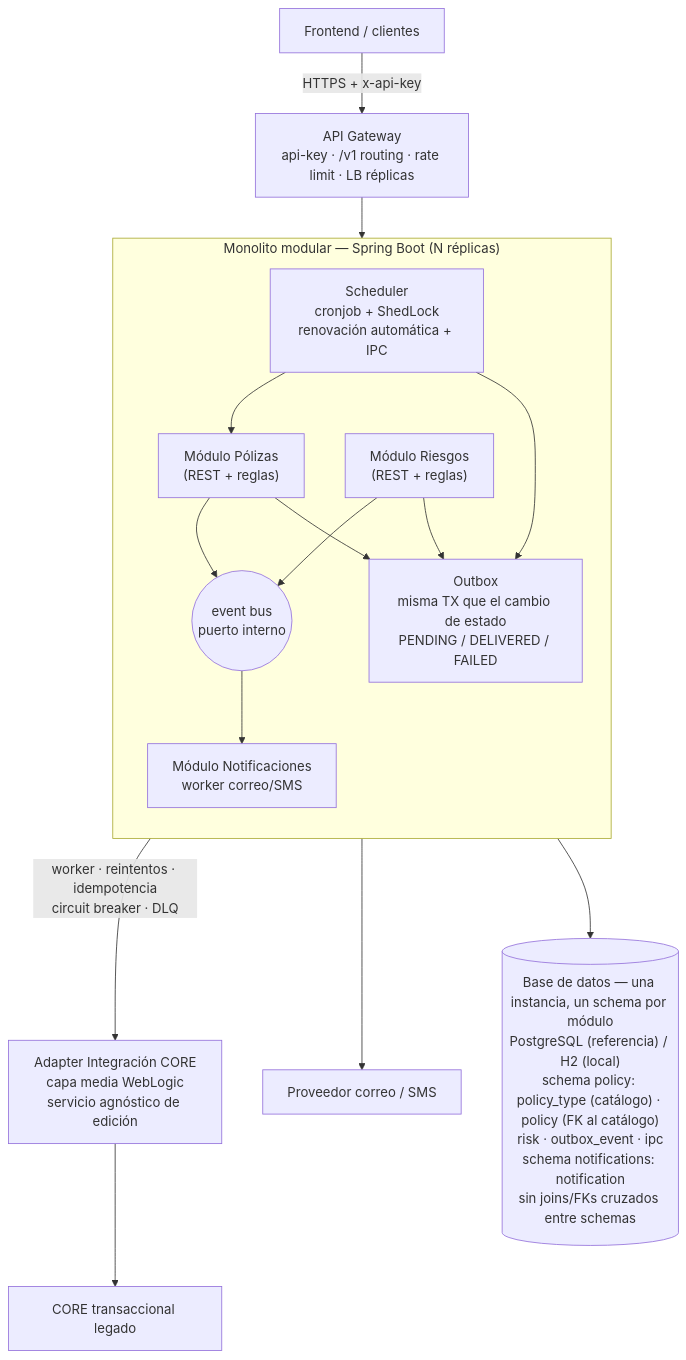
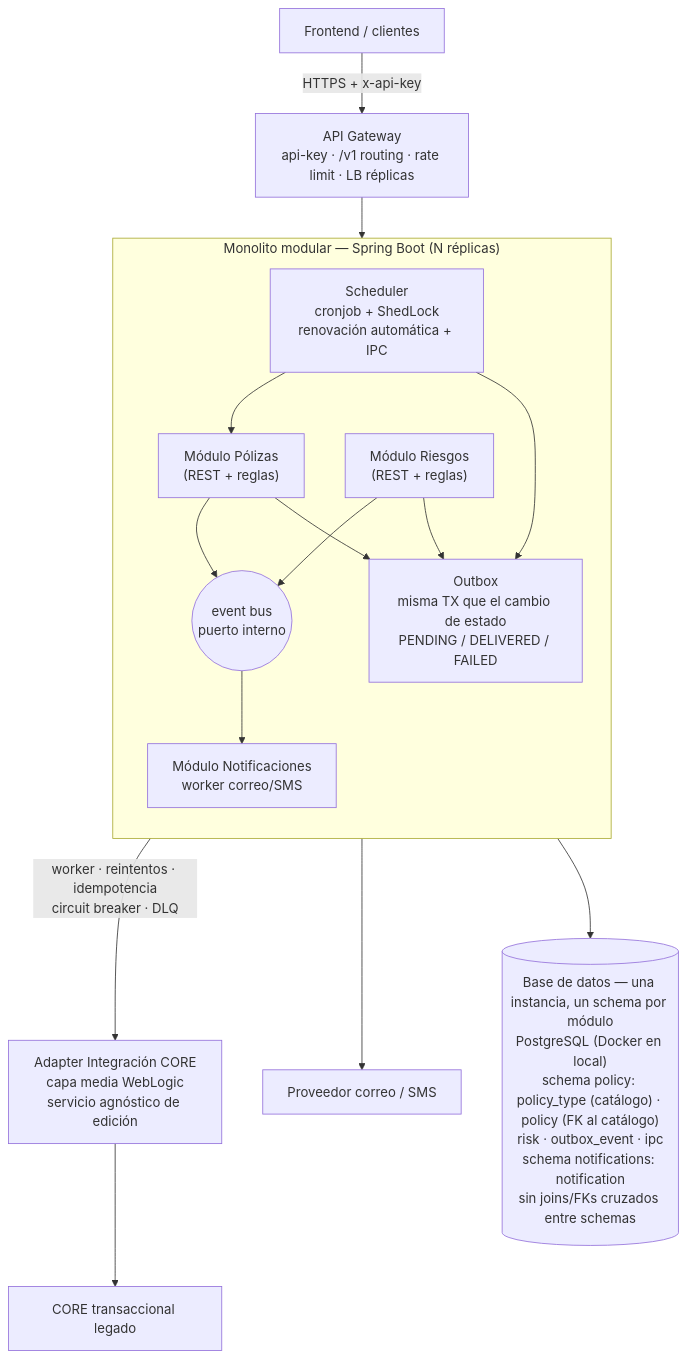
The diagram in modulo1_diseno_sistema.md (jeison-nura/pruebatecnicab), drawn with Mermaid before and after one commit. The commit also changed other lines of this file and 3 other files, not shown here.

````diff
--- a/modulo1_diseno_sistema.md
+++ b/modulo1_diseno_sistema.md
@@ -285,34 +276,34 @@
 ```mermaid
 flowchart TB
     FE["Frontend / clientes"]
     GW["API Gateway<br/>api-key · /v1 routing · rate limit · LB réplicas"]
 
     subgraph MONO["Monolito modular — Spring Boot (N réplicas)"]
         direction TB
         POL["Módulo Pólizas<br/>(REST + reglas)"]
         RIE["Módulo Riesgos<br/>(REST + reglas)"]
         BUS(("event bus<br/>puerto interno"))
         SCH["Scheduler<br/>cronjob + ShedLock<br/>renovación automática + IPC"]
         NOTI["Módulo Notificaciones<br/>worker correo/SMS"]
         OUT["Outbox<br/>misma TX que el cambio de estado<br/>PENDING / DELIVERED / FAILED"]
         POL --> BUS
         RIE --> BUS
         BUS --> NOTI
         SCH --> POL
         SCH --> OUT
         POL --> OUT
         RIE --> OUT
     end
 
     ADP["Adapter Integración CORE<br/>capa media WebLogic<br/>servicio agnóstico de edición"]
     CORE["CORE transaccional legado"]
     PROV["Proveedor correo / SMS"]
-    DB[("Base de datos — una instancia, un schema por módulo<br/>PostgreSQL (referencia) / H2 (local)<br/>schema policy: policy_type (catálogo) · policy (FK al catálogo)<br/>risk · outbox_event · ipc<br/>schema notifications: notification<br/>sin joins/FKs cruzados entre schemas")]
+    DB[("Base de datos — una instancia, un schema por módulo<br/>PostgreSQL (Docker en local)<br/>schema policy: policy_type (catálogo) · policy (FK al catálogo)<br/>risk · outbox_event · ipc<br/>schema notifications: notification<br/>sin joins/FKs cruzados entre schemas")]
 
     FE -->|"HTTPS + x-api-key"| GW
     GW --> MONO
     OUT -->|"worker · reintentos · idempotencia<br/>circuit breaker · DLQ"| ADP
     ADP --> CORE
     NOTI --> PROV
     MONO --> DB
 ```
````
